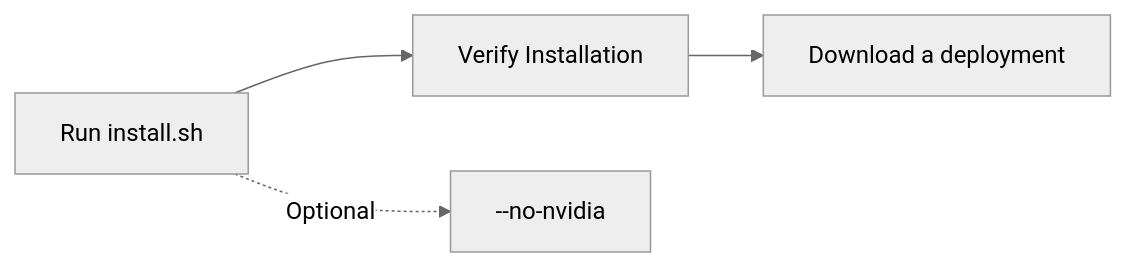
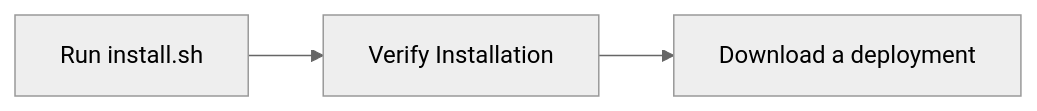
One commit to autowarefoundation/openadkit changed the diagram in docs/getting-started/index.md. Above: the diagram before and after it, drawn with Mermaid (neutral theme). The commit also changed other lines of this file and 23 other files, not shown here.

````diff
--- a/docs/getting-started/index.md
+++ b/docs/getting-started/index.md
@@ -5,5 +5,4 @@
 ```mermaid
 flowchart LR
     A[Run install.sh] --> B[Verify Installation] --> C[Download a deployment]
-    A -.->|Optional| D["--no-nvidia"]
 ```
````
